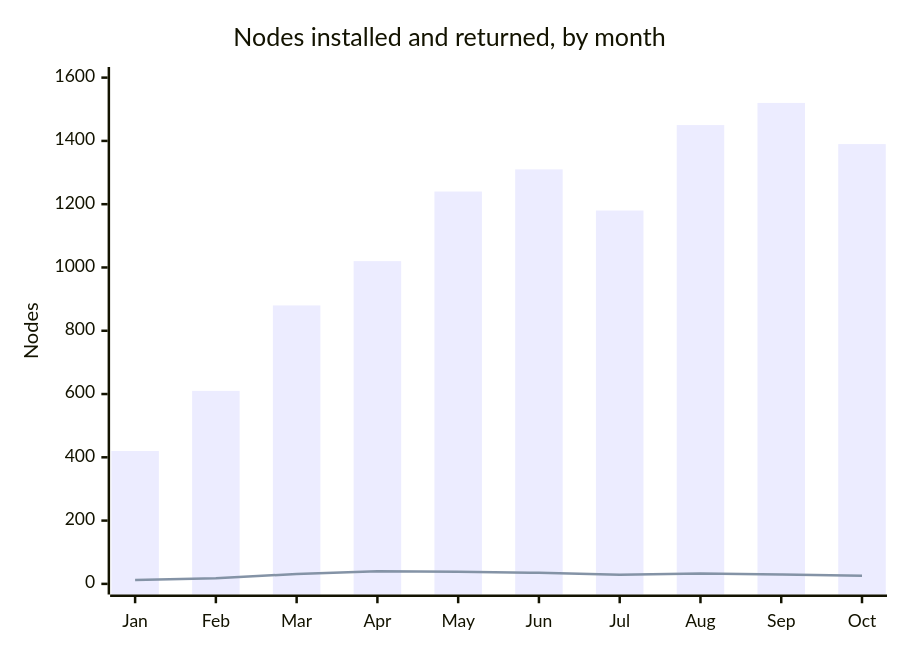
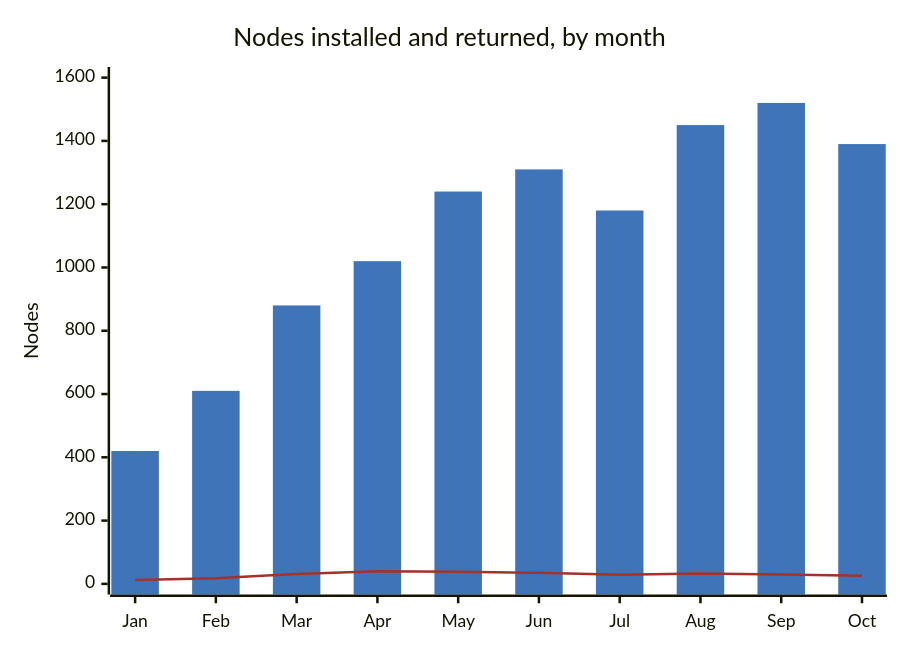
Before and after one commit to markbac/py-doc: the tenth of 39 diagrams in docs/gallery/02_mermaid.md, drawn with Mermaid. The commit also changed other lines of this file and 19 other files, not shown here.

First line of the commit message:
Diagram gallery: every diagram type and block, its Markdown and its picture

````diff
--- a/docs/gallery/02_mermaid.md
+++ b/docs/gallery/02_mermaid.md
@@ -243,8 +476,14 @@
 ```mermaid
+---
+config:
+  themeVariables:
+    xyChart:
+      plotColorPalette: "#3f74b8, #a3322b"
+---
 xychart
   title "Nodes installed and returned, by month"
   x-axis [Jan, Feb, Mar, Apr, May, Jun, Jul, Aug, Sep, Oct]
   y-axis "Nodes" 0 --> 1600
   bar [420, 610, 880, 1020, 1240, 1310, 1180, 1450, 1520, 1390]
   line [12, 18, 31, 40, 38, 35, 29, 33, 30, 26]
 ```
````
